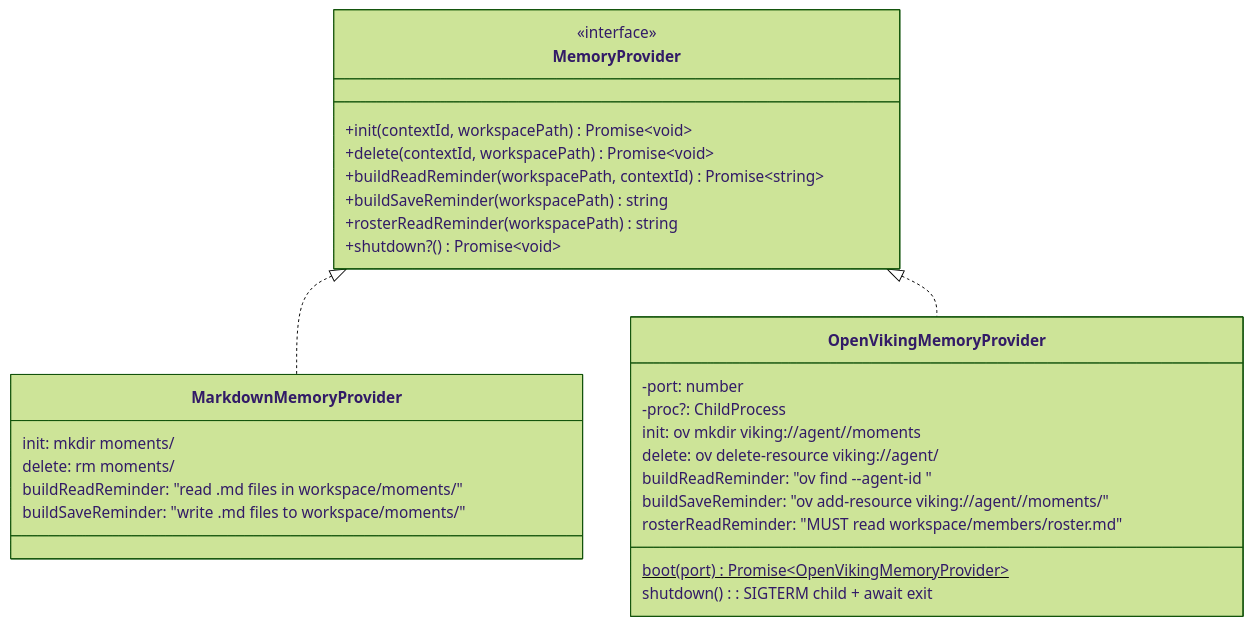
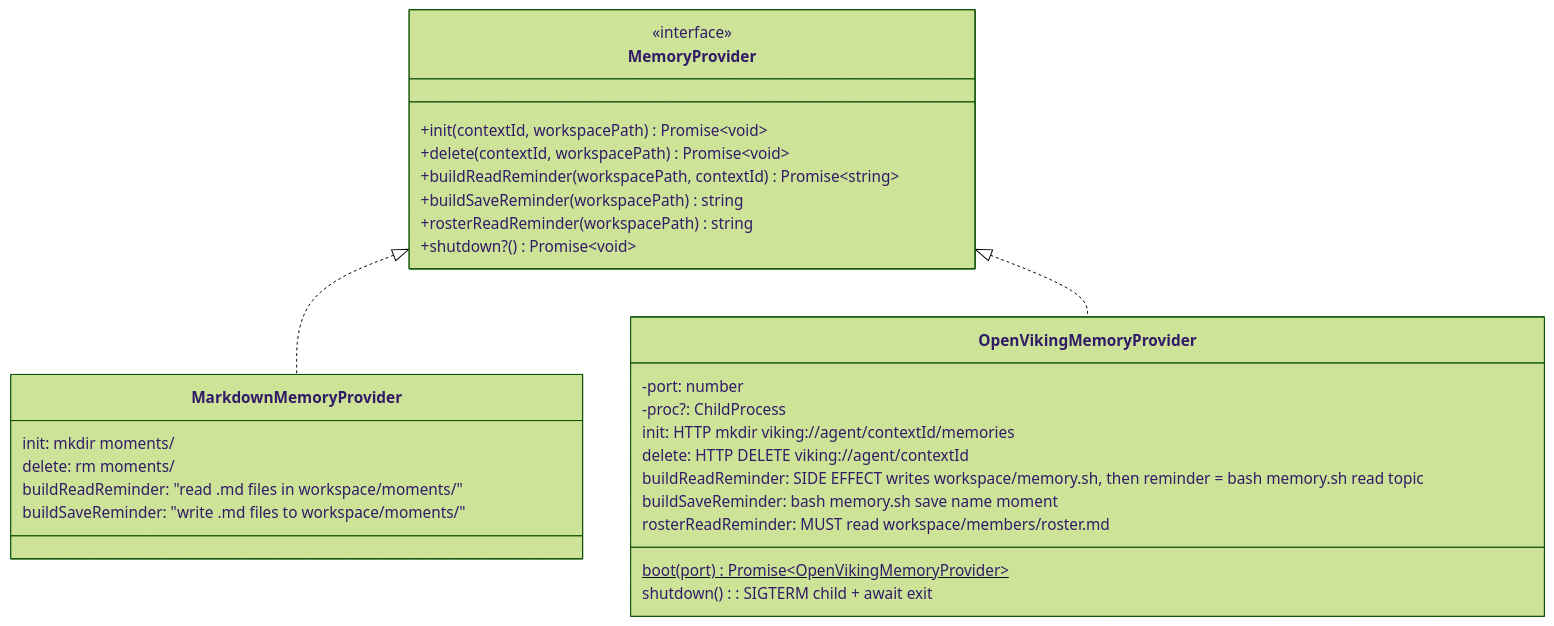
Before and after one commit to PixelPaw-Labs/DovePaw: the third of 8 diagrams in docs/specs/06-memory-management.md, drawn with Mermaid (forest theme). The commit also changed other lines of this file and 12 other files, not shown here.

````diff
--- a/docs/specs/06-memory-management.md
+++ b/docs/specs/06-memory-management.md
@@ -63,34 +63,34 @@
 ```mermaid
 classDiagram
   class MemoryProvider {
     <<interface>>
     +init(contextId, workspacePath) Promise~void~
     +delete(contextId, workspacePath) Promise~void~
     +buildReadReminder(workspacePath, contextId) Promise~string~
     +buildSaveReminder(workspacePath) string
     +rosterReadReminder(workspacePath) string
     +shutdown?() Promise~void~
   }
 
   class MarkdownMemoryProvider {
     init: mkdir moments/
     delete: rm moments/
     buildReadReminder: "read .md files in workspace/moments/"
     buildSaveReminder: "write .md files to workspace/moments/"
   }
 
   class OpenVikingMemoryProvider {
     -port: number
     -proc?: ChildProcess
     boot(port) Promise~OpenVikingMemoryProvider~$
     shutdown(): SIGTERM child + await exit
-    init: ov mkdir viking://agent/<id>/moments
-    delete: ov delete-resource viking://agent/<id>
-    buildReadReminder: "ov find <topic> --agent-id <id>"
-    buildSaveReminder: "ov add-resource viking://agent/<id>/moments/<slug>"
-    rosterReadReminder: "MUST read workspace/members/roster.md"
+    init: HTTP mkdir viking://agent/contextId/memories
+    delete: HTTP DELETE viking://agent/contextId
+    buildReadReminder: SIDE EFFECT writes workspace/memory.sh, then reminder = bash memory.sh read topic
+    buildSaveReminder: bash memory.sh save name moment
+    rosterReadReminder: MUST read workspace/members/roster.md
   }
 
   MemoryProvider <|.. MarkdownMemoryProvider
   MemoryProvider <|.. OpenVikingMemoryProvider
 ```
````
